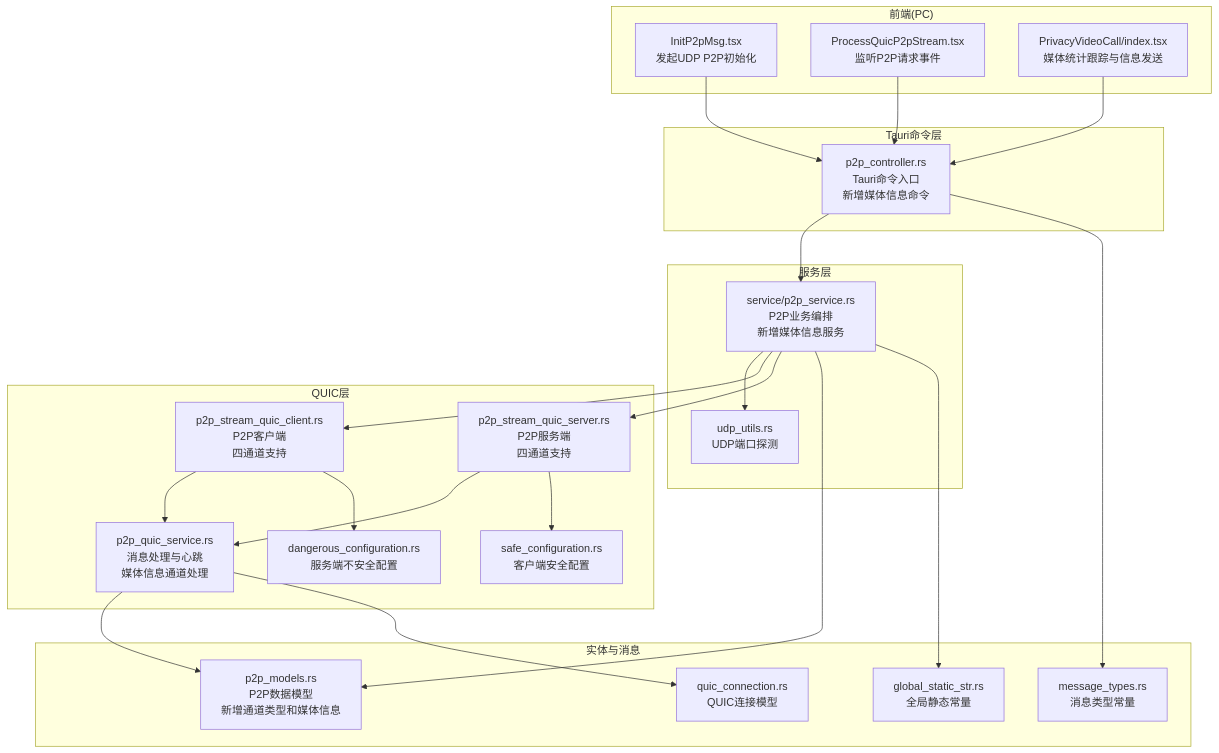
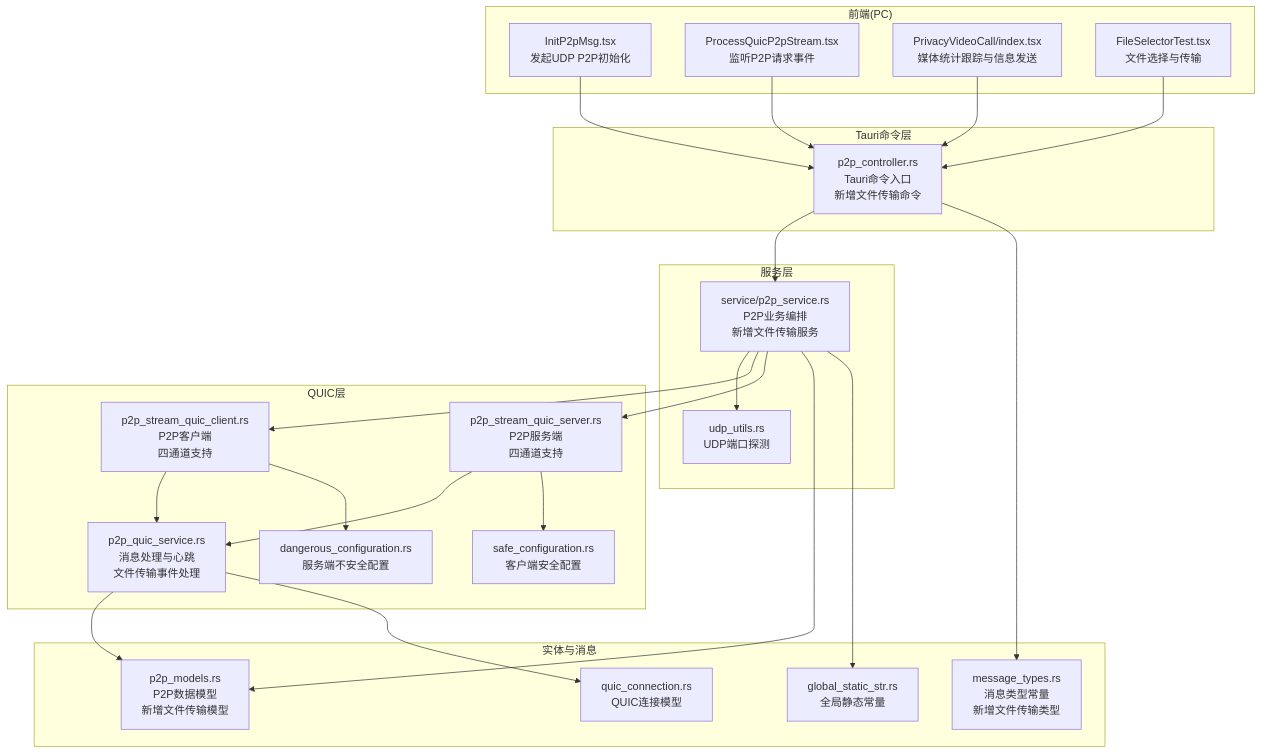
One commit to nicolastinger/only-talk-app changed the first of 17 diagrams in .qoder/repowiki/zh/content/后端服务/P2P服务.md. Above: the diagram before and after it, drawn with Mermaid. The commit also changed other lines of this file and 9 other files, not shown here.

````diff
--- a/.qoder/repowiki/zh/content/后端服务/P2P服务.md
+++ b/.qoder/repowiki/zh/content/后端服务/P2P服务.md
@@ -57,44 +70,46 @@
 ```mermaid
 graph TB
 subgraph "前端(PC)"
 FE_Init["InitP2pMsg.tsx<br/>发起UDP P2P初始化"]
 FE_Listen["ProcessQuicP2pStream.tsx<br/>监听P2P请求事件"]
 FE_MediaInfo["PrivacyVideoCall/index.tsx<br/>媒体统计跟踪与信息发送"]
+FE_FileSel["FileSelectorTest.tsx<br/>文件选择与传输"]
 end
 subgraph "Tauri命令层"
-CMD["p2p_controller.rs<br/>Tauri命令入口<br/>新增媒体信息命令"]
+CMD["p2p_controller.rs<br/>Tauri命令入口<br/>新增文件传输命令"]
 end
 subgraph "服务层"
-SVC["service/p2p_service.rs<br/>P2P业务编排<br/>新增媒体信息服务"]
+SVC["service/p2p_service.rs<br/>P2P业务编排<br/>新增文件传输服务"]
 UDP["udp_utils.rs<br/>UDP端口探测"]
 end
 subgraph "QUIC层"
 CLI["p2p_stream_quic_client.rs<br/>P2P客户端<br/>四通道支持"]
 SRV["p2p_stream_quic_server.rs<br/>P2P服务端<br/>四通道支持"]
-CORE["p2p_quic_service.rs<br/>消息处理与心跳<br/>媒体信息通道处理"]
+CORE["p2p_quic_service.rs<br/>消息处理与心跳<br/>文件传输事件处理"]
 CFG_D["dangerous_configuration.rs<br/>服务端不安全配置"]
 CFG_S["safe_configuration.rs<br/>客户端安全配置"]
 end
 subgraph "实体与消息"
-MODELS["p2p_models.rs<br/>P2P数据模型<br/>新增通道类型和媒体信息"]
-TYPES["message_types.rs<br/>消息类型常量"]
+MODELS["p2p_models.rs<br/>P2P数据模型<br/>新增文件传输模型"]
+TYPES["message_types.rs<br/>消息类型常量<br/>新增文件传输类型"]
 QCONN["quic_connection.rs<br/>QUIC连接模型"]
 GLOB["global_static_str.rs<br/>全局静态常量"]
 end
 FE_Init --> CMD
 FE_Listen --> CMD
 FE_MediaInfo --> CMD
+FE_FileSel --> CMD
 CMD --> SVC
 SVC --> UDP
 SVC --> CLI
 SVC --> SRV
 CLI --> CORE
 SRV --> CORE
 CORE --> MODELS
 SVC --> MODELS
 CMD --> TYPES
 CLI --> CFG_D
 SRV --> CFG_S
 CORE --> QCONN
 SVC --> GLOB
 ```
````
